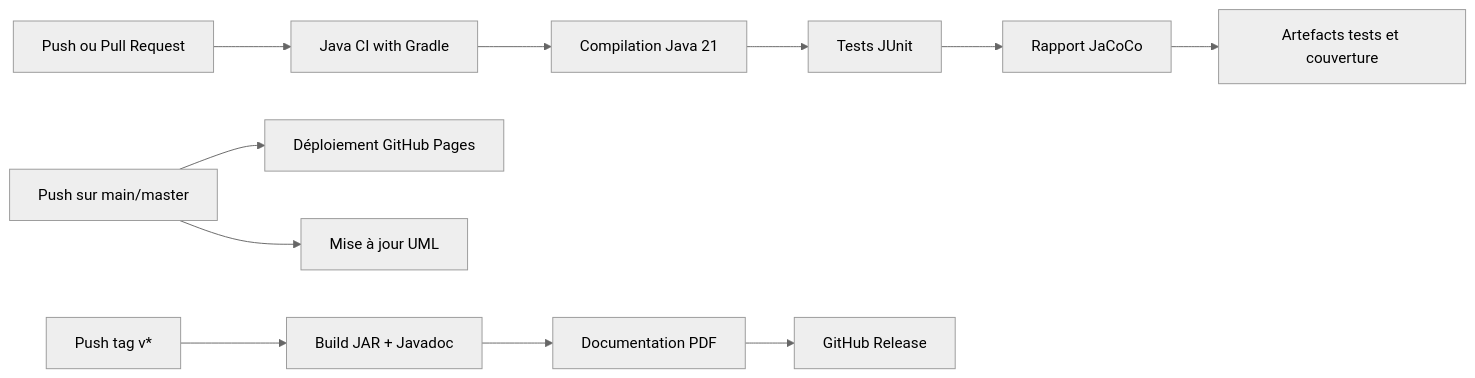
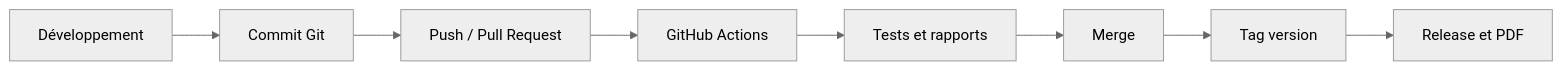
One commit to fasai444/GreenDesk changed the first of 5 diagrams in docs/reports/devops-2-github-actions-report.md. Above: the diagram before and after it, drawn with Mermaid (neutral theme). The commit also changed other lines of this file and 1 other file, not shown here.

Commit message:
docs: improve DevOps 2 report and PDF generation

````diff
--- a/docs/reports/devops-2-github-actions-report.md
+++ b/docs/reports/devops-2-github-actions-report.md
@@ -88,15 +75,10 @@
 ```mermaid
 flowchart LR
-    A[Push ou Pull Request] --> B[Java CI with Gradle]
-    B --> C[Compilation Java 21]
-    C --> D[Tests JUnit]
-    D --> E[Rapport JaCoCo]
-    E --> F[Artefacts tests et couverture]
-
-    G[Push sur main/master] --> H[Déploiement GitHub Pages]
-    G --> I[Mise à jour UML]
-
-    J[Push tag v*] --> K[Build JAR + Javadoc]
-    K --> L[Documentation PDF]
-    L --> M[GitHub Release]
+    A[Développement] --> B[Commit Git]
+    B --> C[Push / Pull Request]
+    C --> D[GitHub Actions]
+    D --> E[Tests et rapports]
+    E --> F[Merge]
+    F --> G[Tag version]
+    G --> H[Release et PDF]
 ```
````
